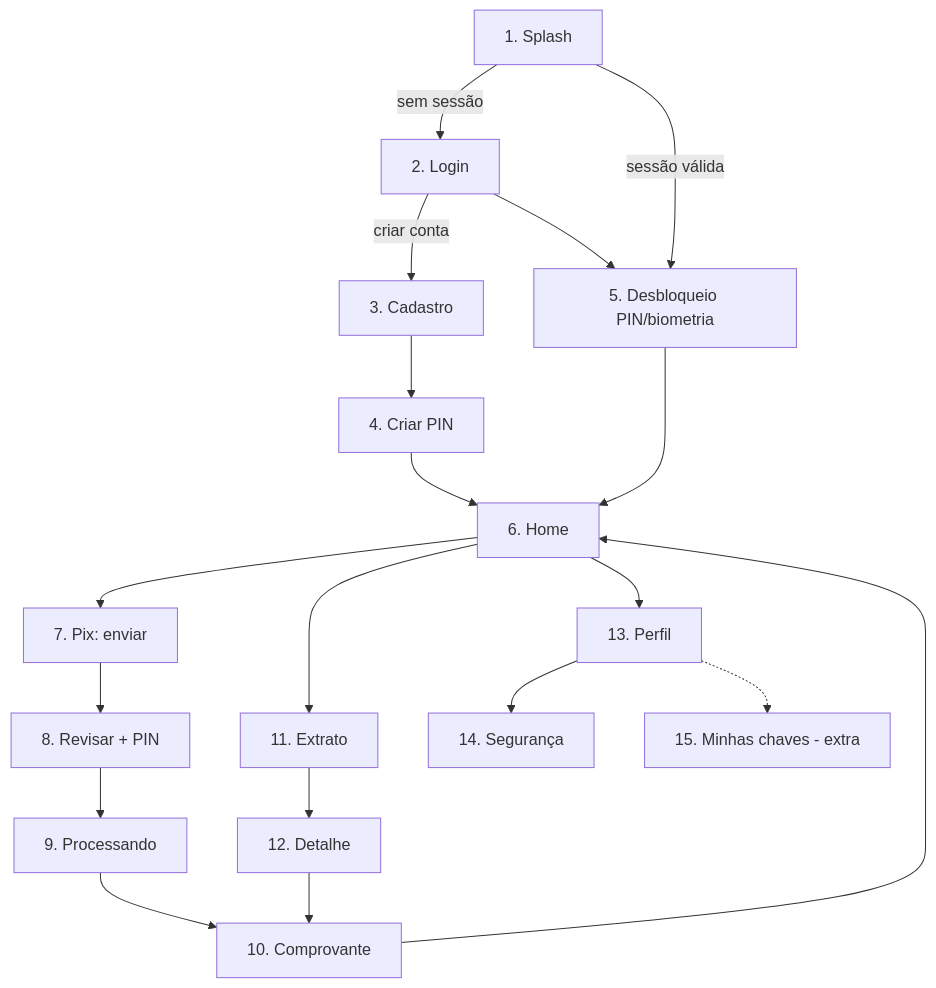
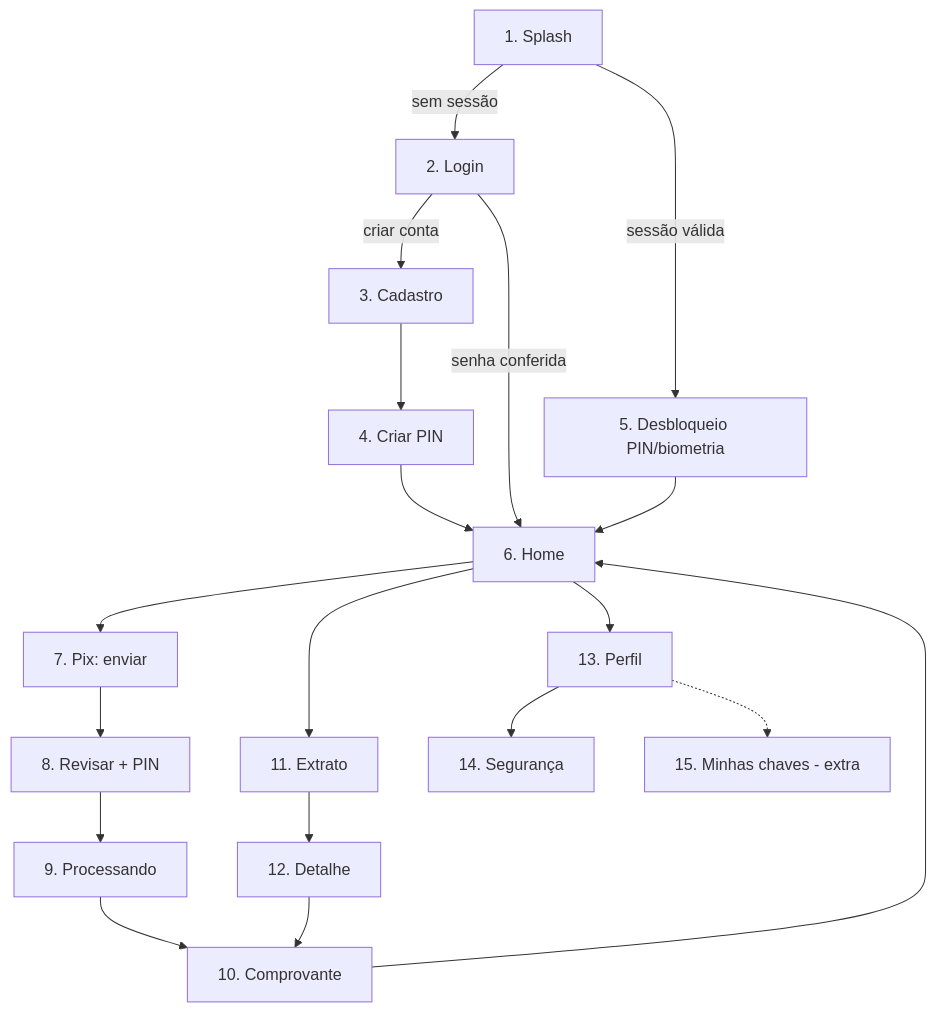
The third of 3 diagrams in docs/architecture/domain-model.md (renatomf/next-bank), drawn with Mermaid before and after one commit. The commit also changed other lines of this file and 4 other files, not shown here.

````diff
--- a/docs/architecture/domain-model.md
+++ b/docs/architecture/domain-model.md
@@ -296,24 +296,24 @@
 ```mermaid
 flowchart TD
     S[1. Splash] -->|sem sessão| L[2. Login]
     S -->|sessão válida| U[5. Desbloqueio PIN/biometria]
     L -->|criar conta| C[3. Cadastro]
     C --> P[4. Criar PIN]
     P --> H[6. Home]
-    L --> U
+    L -->|senha conferida| H
     U --> H
 
     H --> PX[7. Pix: enviar]
     PX --> RV[8. Revisar + PIN]
     RV --> PR[9. Processando]
     PR --> CP[10. Comprovante]
     CP --> H
 
     H --> EX[11. Extrato]
     EX --> DT[12. Detalhe]
     DT --> CP
 
     H --> PF[13. Perfil]
     PF --> SG[14. Segurança]
     PF -.-> MK[15. Minhas chaves - extra]
 ```
````
